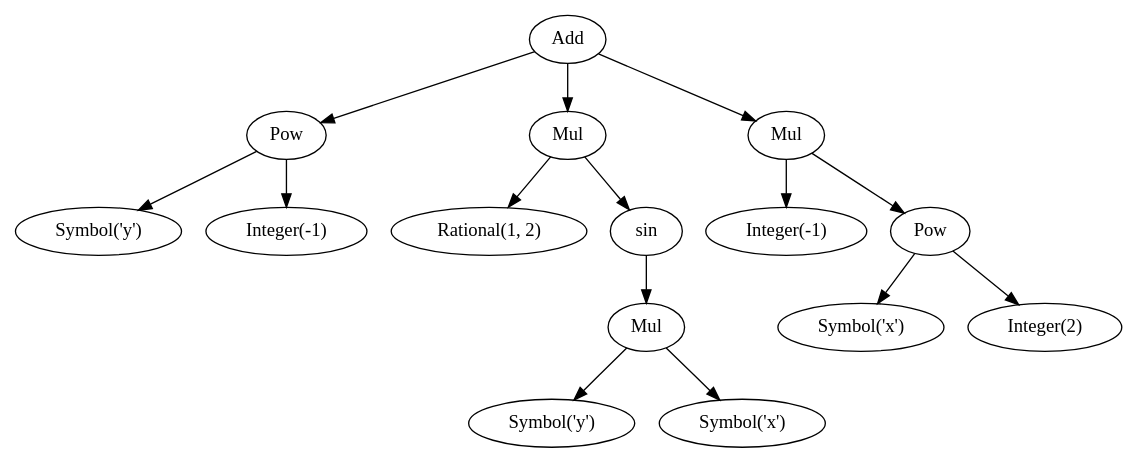
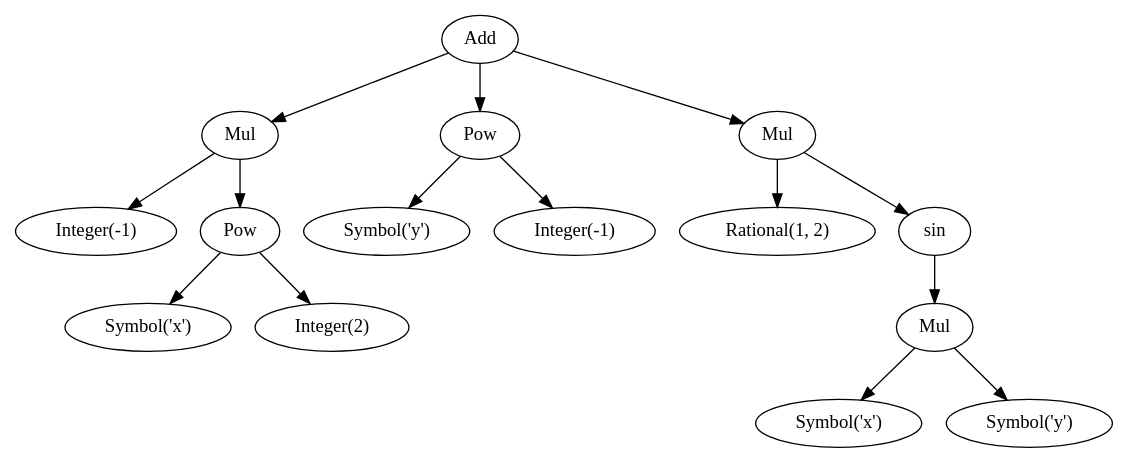
Before and after one commit to diofant/diofant: the second of 4 diagrams in docs/tutorial/manipulation.rst, drawn with Graphviz. The commit also changed other lines of this file and 2 other files, not shown here.

```diff
--- a/docs/tutorial/manipulation.rst
+++ b/docs/tutorial/manipulation.rst
@@ -134,46 +135,47 @@
 .. graphviz::
 
     digraph{
 
     # Graph style
+    "ordering"="out"
     "rankdir"="TD"
 
     #########
     # Nodes #
     #########
 
-    "Half()_(0, 0)" ["color"="black", "label"="Rational(1, 2)", "shape"="ellipse"];
-    "Symbol(y)_(2, 0)" ["color"="black", "label"="Symbol('y')", "shape"="ellipse"];
-    "Symbol(x)_(1, 1, 0)" ["color"="black", "label"="Symbol('x')", "shape"="ellipse"];
-    "Integer(2)_(1, 1, 1)" ["color"="black", "label"="Integer(2)", "shape"="ellipse"];
-    "NegativeOne()_(2, 1)" ["color"="black", "label"="Integer(-1)", "shape"="ellipse"];
-    "NegativeOne()_(1, 0)" ["color"="black", "label"="Integer(-1)", "shape"="ellipse"];
-    "Symbol(y)_(0, 1, 0, 1)" ["color"="black", "label"="Symbol('y')", "shape"="ellipse"];
-    "Symbol(x)_(0, 1, 0, 0)" ["color"="black", "label"="Symbol('x')", "shape"="ellipse"];
-    "Pow(Symbol(x), Integer(2))_(1, 1)" ["color"="black", "label"="Pow", "shape"="ellipse"];
-    "Pow(Symbol(y), NegativeOne())_(2,)" ["color"="black", "label"="Pow", "shape"="ellipse"];
-    "Mul(Symbol(x), Symbol(y))_(0, 1, 0)" ["color"="black", "label"="Mul", "shape"="ellipse"];
-    "sin(Mul(Symbol(x), Symbol(y)))_(0, 1)" ["color"="black", "label"="sin", "shape"="ellipse"];
-    "Mul(Half(), sin(Mul(Symbol(x), Symbol(y))))_(0,)" ["color"="black", "label"="Mul", "shape"="ellipse"];
-    "Mul(NegativeOne(), Pow(Symbol(x), Integer(2)))_(1,)" ["color"="black", "label"="Mul", "shape"="ellipse"];
-    "Add(Mul(Half(), sin(Mul(Symbol(x), Symbol(y)))), Mul(NegativeOne(), Pow(Symbol(x), Integer(2))), Pow(Symbol(y), NegativeOne()))_()" ["color"="black", "label"="Add", "shape"="ellipse"];
+    "Add(Mul(Integer(-1), Pow(Symbol('x'), Integer(2))), Mul(Rational(1, 2), sin(Mul(Symbol('x'), Symbol('y')))), Pow(Symbol('y'), Integer(-1)))_()" ["color"="black", "label"="Add", "shape"="ellipse"];
+    "Mul(Integer(-1), Pow(Symbol('x'), Integer(2)))_(0,)" ["color"="black", "label"="Mul", "shape"="ellipse"];
+    "Integer(-1)_(0, 0)" ["color"="black", "label"="Integer(-1)", "shape"="ellipse"];
+    "Pow(Symbol('x'), Integer(2))_(0, 1)" ["color"="black", "label"="Pow", "shape"="ellipse"];
+    "Symbol('x')_(0, 1, 0)" ["color"="black", "label"="Symbol('x')", "shape"="ellipse"];
+    "Integer(2)_(0, 1, 1)" ["color"="black", "label"="Integer(2)", "shape"="ellipse"];
+    "Pow(Symbol('y'), Integer(-1))_(1,)" ["color"="black", "label"="Pow", "shape"="ellipse"];
+    "Symbol('y')_(1, 0)" ["color"="black", "label"="Symbol('y')", "shape"="ellipse"];
+    "Integer(-1)_(1, 1)" ["color"="black", "label"="Integer(-1)", "shape"="ellipse"];
+    "Mul(Rational(1, 2), sin(Mul(Symbol('x'), Symbol('y'))))_(2,)" ["color"="black", "label"="Mul", "shape"="ellipse"];
+    "Rational(1, 2)_(2, 0)" ["color"="black", "label"="Rational(1, 2)", "shape"="ellipse"];
+    "sin(Mul(Symbol('x'), Symbol('y')))_(2, 1)" ["color"="black", "label"="sin", "shape"="ellipse"];
+    "Mul(Symbol('x'), Symbol('y'))_(2, 1, 0)" ["color"="black", "label"="Mul", "shape"="ellipse"];
+    "Symbol('x')_(2, 1, 0, 0)" ["color"="black", "label"="Symbol('x')", "shape"="ellipse"];
+    "Symbol('y')_(2, 1, 0, 1)" ["color"="black", "label"="Symbol('y')", "shape"="ellipse"];
 
     #########
     # Edges #
     #########
 
-    "Pow(Symbol(y), NegativeOne())_(2,)" -> "Symbol(y)_(2, 0)";
-    "Pow(Symbol(x), Integer(2))_(1, 1)" -> "Symbol(x)_(1, 1, 0)";
-    "Pow(Symbol(x), Integer(2))_(1, 1)" -> "Integer(2)_(1, 1, 1)";
-    "Pow(Symbol(y), NegativeOne())_(2,)" -> "NegativeOne()_(2, 1)";
-    "Mul(Symbol(x), Symbol(y))_(0, 1, 0)" -> "Symbol(x)_(0, 1, 0, 0)";
-    "Mul(Symbol(x), Symbol(y))_(0, 1, 0)" -> "Symbol(y)_(0, 1, 0, 1)";
-    "Mul(Half(), sin(Mul(Symbol(x), Symbol(y))))_(0,)" -> "Half()_(0, 0)";
-    "Mul(NegativeOne(), Pow(Symbol(x), Integer(2)))_(1,)" -> "NegativeOne()_(1, 0)";
-    "sin(Mul(Symbol(x), Symbol(y)))_(0, 1)" -> "Mul(Symbol(x), Symbol(y))_(0, 1, 0)";
-    "Mul(NegativeOne(), Pow(Symbol(x), Integer(2)))_(1,)" -> "Pow(Symbol(x), Integer(2))_(1, 1)";
-    "Mul(Half(), sin(Mul(Symbol(x), Symbol(y))))_(0,)" -> "sin(Mul(Symbol(x), Symbol(y)))_(0, 1)";
-    "Add(Mul(Half(), sin(Mul(Symbol(x), Symbol(y)))), Mul(NegativeOne(), Pow(Symbol(x), Integer(2))), Pow(Symbol(y), NegativeOne()))_()" -> "Pow(Symbol(y), NegativeOne())_(2,)";
-    "Add(Mul(Half(), sin(Mul(Symbol(x), Symbol(y)))), Mul(NegativeOne(), Pow(Symbol(x), Integer(2))), Pow(Symbol(y), NegativeOne()))_()" -> "Mul(Half(), sin(Mul(Symbol(x), Symbol(y))))_(0,)";
-    "Add(Mul(Half(), sin(Mul(Symbol(x), Symbol(y)))), Mul(NegativeOne(), Pow(Symbol(x), Integer(2))), Pow(Symbol(y), NegativeOne()))_()" -> "Mul(NegativeOne(), Pow(Symbol(x), Integer(2)))_(1,)";
+    "Add(Mul(Integer(-1), Pow(Symbol('x'), Integer(2))), Mul(Rational(1, 2), sin(Mul(Symbol('x'), Symbol('y')))), Pow(Symbol('y'), Integer(-1)))_()" -> "Mul(Integer(-1), Pow(Symbol('x'), Integer(2)))_(0,)";
+    "Add(Mul(Integer(-1), Pow(Symbol('x'), Integer(2))), Mul(Rational(1, 2), sin(Mul(Symbol('x'), Symbol('y')))), Pow(Symbol('y'), Integer(-1)))_()" -> "Pow(Symbol('y'), Integer(-1))_(1,)";
+    "Add(Mul(Integer(-1), Pow(Symbol('x'), Integer(2))), Mul(Rational(1, 2), sin(Mul(Symbol('x'), Symbol('y')))), Pow(Symbol('y'), Integer(-1)))_()" -> "Mul(Rational(1, 2), sin(Mul(Symbol('x'), Symbol('y'))))_(2,)";
+    "Mul(Integer(-1), Pow(Symbol('x'), Integer(2)))_(0,)" -> "Integer(-1)_(0, 0)";
+    "Mul(Integer(-1), Pow(Symbol('x'), Integer(2)))_(0,)" -> "Pow(Symbol('x'), Integer(2))_(0, 1)";
+    "Pow(Symbol('x'), Integer(2))_(0, 1)" -> "Symbol('x')_(0, 1, 0)";
+    "Pow(Symbol('x'), Integer(2))_(0, 1)" -> "Integer(2)_(0, 1, 1)";
+    "Pow(Symbol('y'), Integer(-1))_(1,)" -> "Symbol('y')_(1, 0)";
+    "Pow(Symbol('y'), Integer(-1))_(1,)" -> "Integer(-1)_(1, 1)";
+    "Mul(Rational(1, 2), sin(Mul(Symbol('x'), Symbol('y'))))_(2,)" -> "Rational(1, 2)_(2, 0)";
+    "Mul(Rational(1, 2), sin(Mul(Symbol('x'), Symbol('y'))))_(2,)" -> "sin(Mul(Symbol('x'), Symbol('y')))_(2, 1)";
+    "sin(Mul(Symbol('x'), Symbol('y')))_(2, 1)" -> "Mul(Symbol('x'), Symbol('y'))_(2, 1, 0)";
+    "Mul(Symbol('x'), Symbol('y'))_(2, 1, 0)" -> "Symbol('x')_(2, 1, 0, 0)";
+    "Mul(Symbol('x'), Symbol('y'))_(2, 1, 0)" -> "Symbol('y')_(2, 1, 0, 1)";
     }
```
